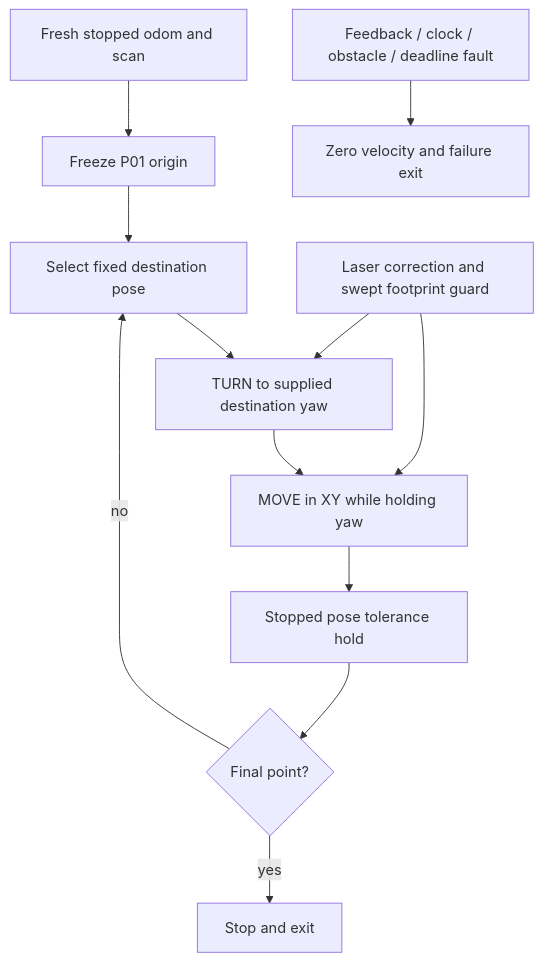
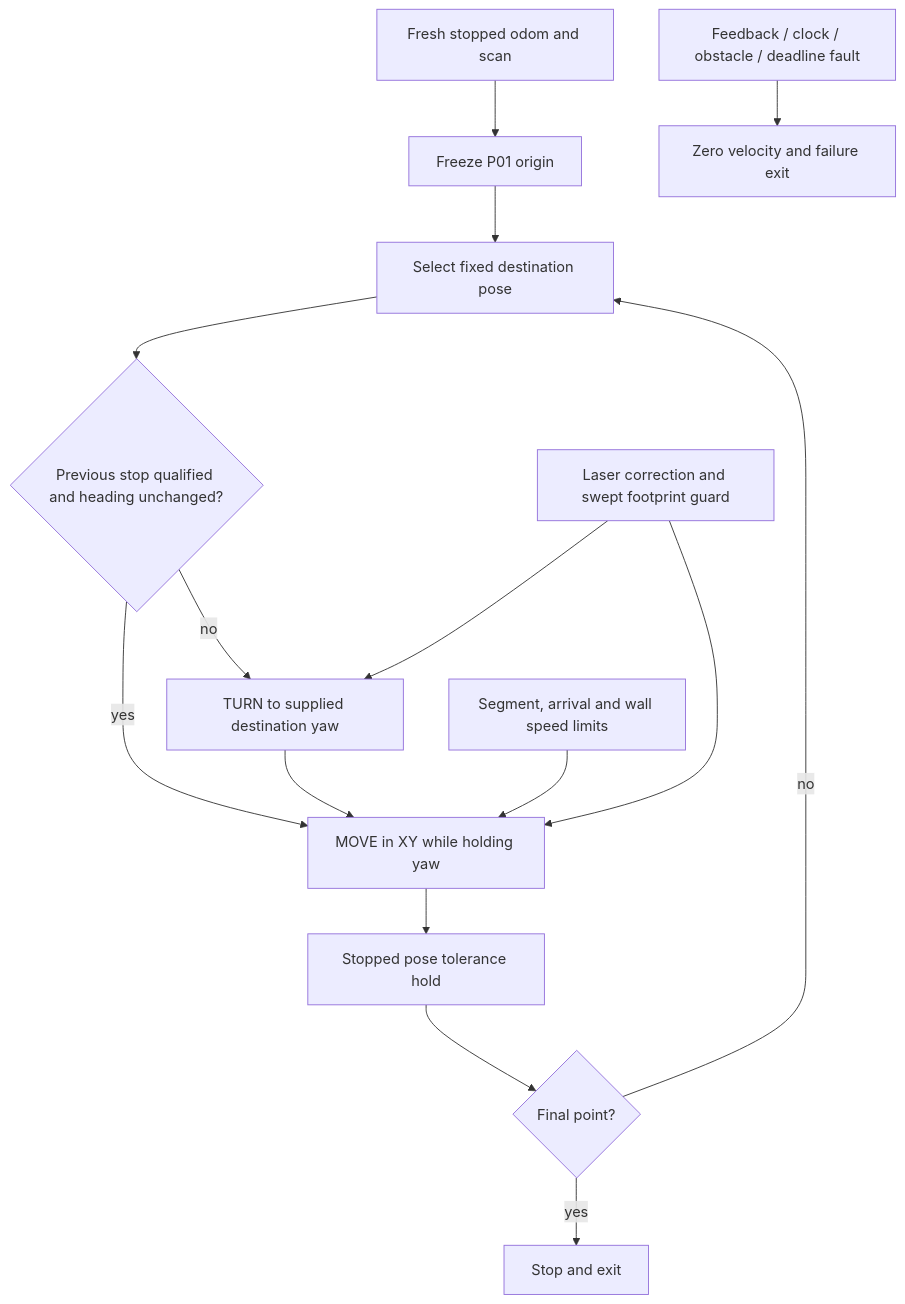
The diagram in docs/flow.md (Cooper-Yu/pid_maze_solver), drawn with Mermaid before and after one commit. The commit also changed 93 other files, not shown here.

````diff
--- a/docs/flow.md
+++ b/docs/flow.md
@@ -3,14 +3,17 @@
 ```mermaid
 flowchart TD
   A[Fresh stopped odom and scan] --> B[Freeze P01 origin]
   B --> C[Select fixed destination pose]
-  C --> D[TURN to supplied destination yaw]
+  C --> Q{Previous stop qualified and heading unchanged?}
+  Q -- no --> D[TURN to supplied destination yaw]
+  Q -- yes --> E
   D --> E[MOVE in XY while holding yaw]
   E --> F[Stopped pose tolerance hold]
   F --> G{Final point?}
   G -- no --> C
   G -- yes --> H[Stop and exit]
+  L[Segment, arrival and wall speed limits] --> E
   S[Laser correction and swept footprint guard] --> E
   S --> D
   X[Feedback / clock / obstacle / deadline fault] --> Y[Zero velocity and failure exit]
 ```
````
